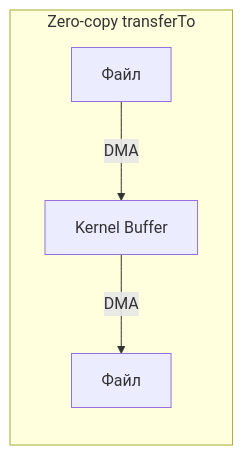
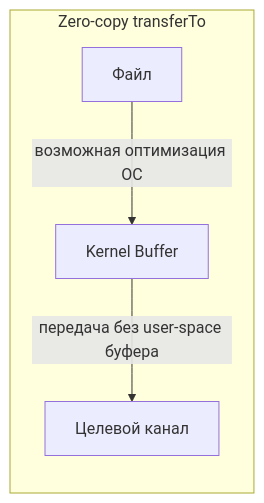
Before and after one commit to akeverus/cheat-sheet: diagram 11 of 12 in cheatsheets/interview/programming-languages/java/java-io-nio-interview.md, drawn with Mermaid. The commit also changed other lines of this file and 154 other files, not shown here.

````diff
--- a/cheatsheets/interview/programming-languages/java/java-io-nio-interview.md
+++ b/cheatsheets/interview/programming-languages/java/java-io-nio-interview.md
@@ -1070,7 +1073,7 @@
 ```mermaid
 graph LR
     subgraph "Zero-copy transferTo"
-        A2[Файл] -->|DMA| B2[Kernel Buffer]
-        B2 -->|DMA| C2[Файл]
+        A2[Файл] -->|возможная оптимизация ОС| B2[Kernel Buffer]
+        B2 -->|передача без user-space буфера| C2[Целевой канал]
     end
 ```
````
